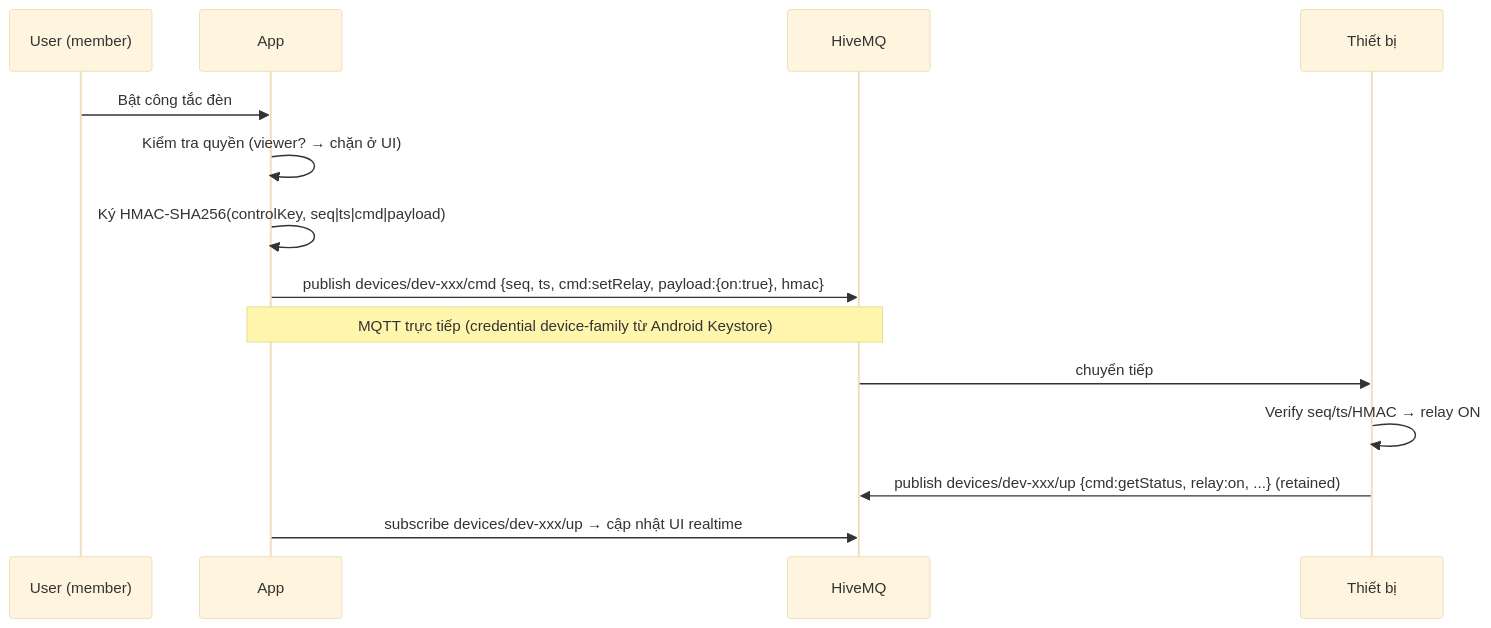
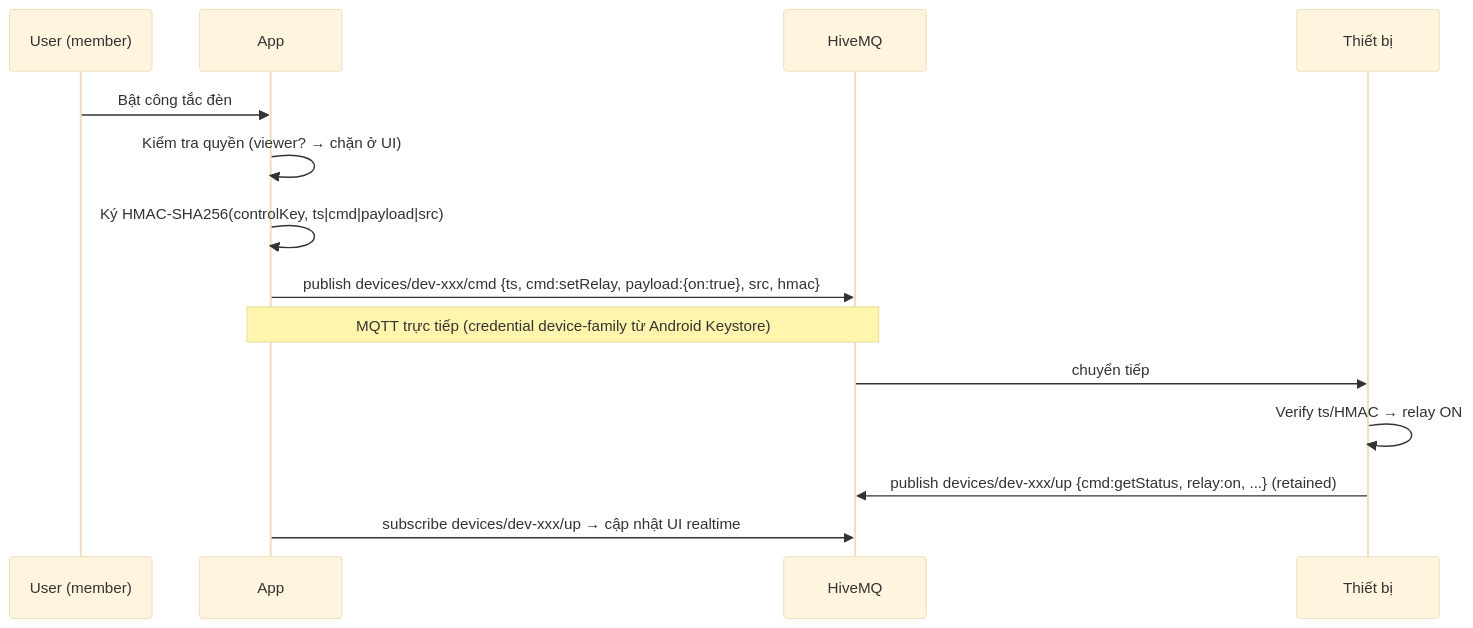
One commit to nndai/smart-home-platform changed the fifth of 7 diagrams in docs/ECOSYSTEM_PLAN.md. Above: the diagram before and after it, drawn with Mermaid (base theme). The commit also changed other lines of this file and 12 other files, not shown here.

Commit message:
feat: remove sequence number handling from MQTT envelope and update HMAC signing to use timestamp only

````diff
--- a/docs/ECOSYSTEM_PLAN.md
+++ b/docs/ECOSYSTEM_PLAN.md
@@ -182,16 +181,16 @@
 ```mermaid
 sequenceDiagram
     participant U as User (member)
     participant A as App
     participant H as HiveMQ
     participant D as Thiết bị
     U->>A: Bật công tắc đèn
     A->>A: Kiểm tra quyền (viewer? → chặn ở UI)
-    A->>A: Ký HMAC-SHA256(controlKey, seq|ts|cmd|payload)
-    A->>H: publish devices/dev-xxx/cmd {seq, ts, cmd:setRelay, payload:{on:true}, hmac}
+    A->>A: Ký HMAC-SHA256(controlKey, ts|cmd|payload|src)
+    A->>H: publish devices/dev-xxx/cmd {ts, cmd:setRelay, payload:{on:true}, src, hmac}
     Note over A,H: MQTT trực tiếp (credential device-family từ Android Keystore)
     H->>D: chuyển tiếp
-    D->>D: Verify seq/ts/HMAC → relay ON
+    D->>D: Verify ts/HMAC → relay ON
     D->>H: publish devices/dev-xxx/up {cmd:getStatus, relay:on, ...} (retained)
     A->>H: subscribe devices/dev-xxx/up → cập nhật UI realtime
 ```
````
